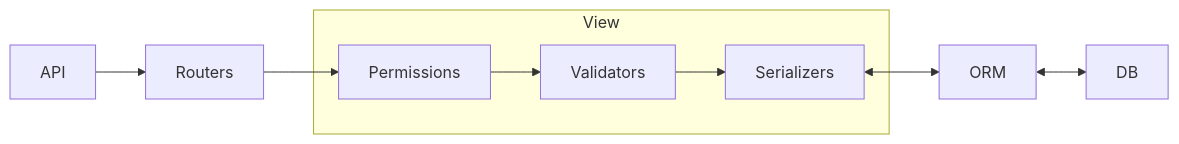
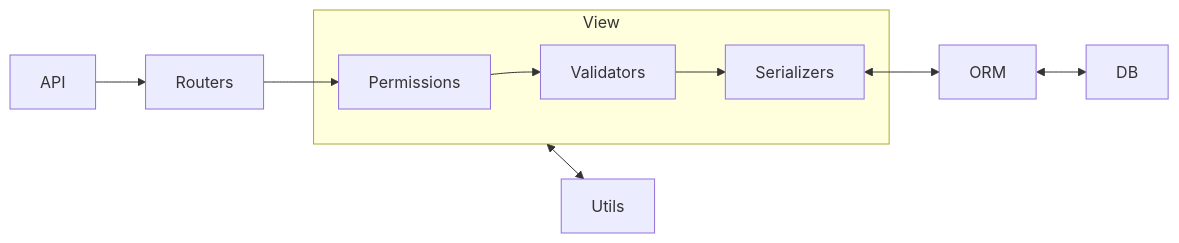
One commit to yuxing-lee/drf-test changed the diagram in README.md. Above: the diagram before and after it, drawn with Mermaid. The commit also changed other lines of this file and 7 other files, not shown here.

Commit message:
refactor(imagep): adjust imagep folder name create a UML for image processing OO design

````diff
--- a/README.md
+++ b/README.md
@@ -33,11 +34,12 @@
 ```mermaid
 graph LR;
     API-->Routers;
     Routers-->Permissions;
     subgraph View
         Permissions-->Validators;
         Validators-->Serializers;
     end
+    View<-->Utils;
     Serializers<-->ORM;
     ORM<-->DB;
 ```
````
